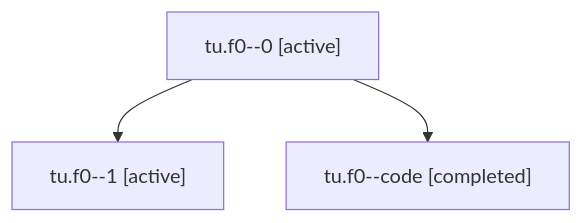
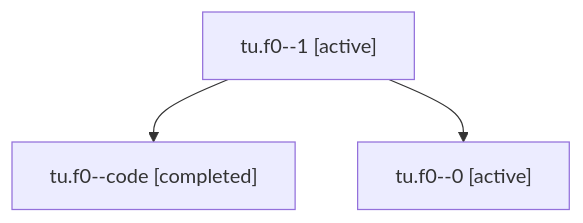
Before and after one commit to bobs-org/bob-cli--agents: the diagram in families/bbugyi200.athena.tu.f0.md, drawn with Mermaid. The commit also changed 248 other files, not shown here.

````diff
--- a/families/bbugyi200.athena.tu.f0.md
+++ b/families/bbugyi200.athena.tu.f0.md
@@ -9,8 +9,8 @@
 ```mermaid
 flowchart TD
-  n0["tu.f0--0 [active]"]
-  n1["tu.f0--1 [active]"]
+  n0["tu.f0--1 [active]"]
+  n1["tu.f0--code [completed]"]
   n0 --> n1
-  n2["tu.f0--code [completed]"]
+  n2["tu.f0--0 [active]"]
   n0 --> n2
 ```
````
